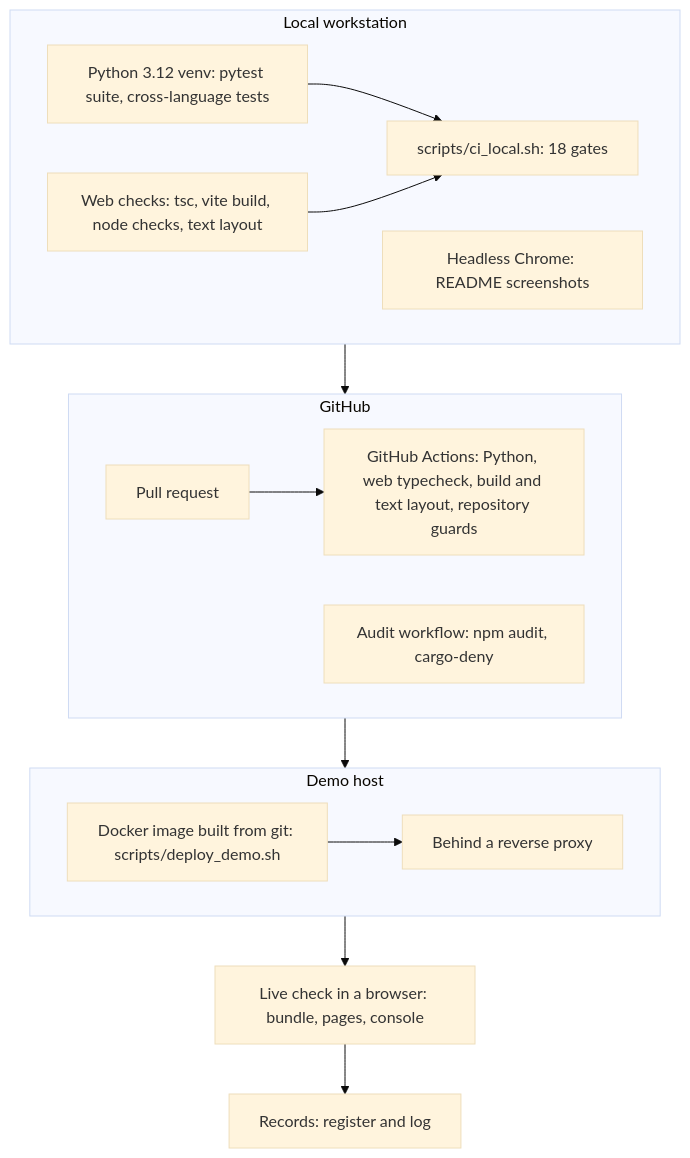
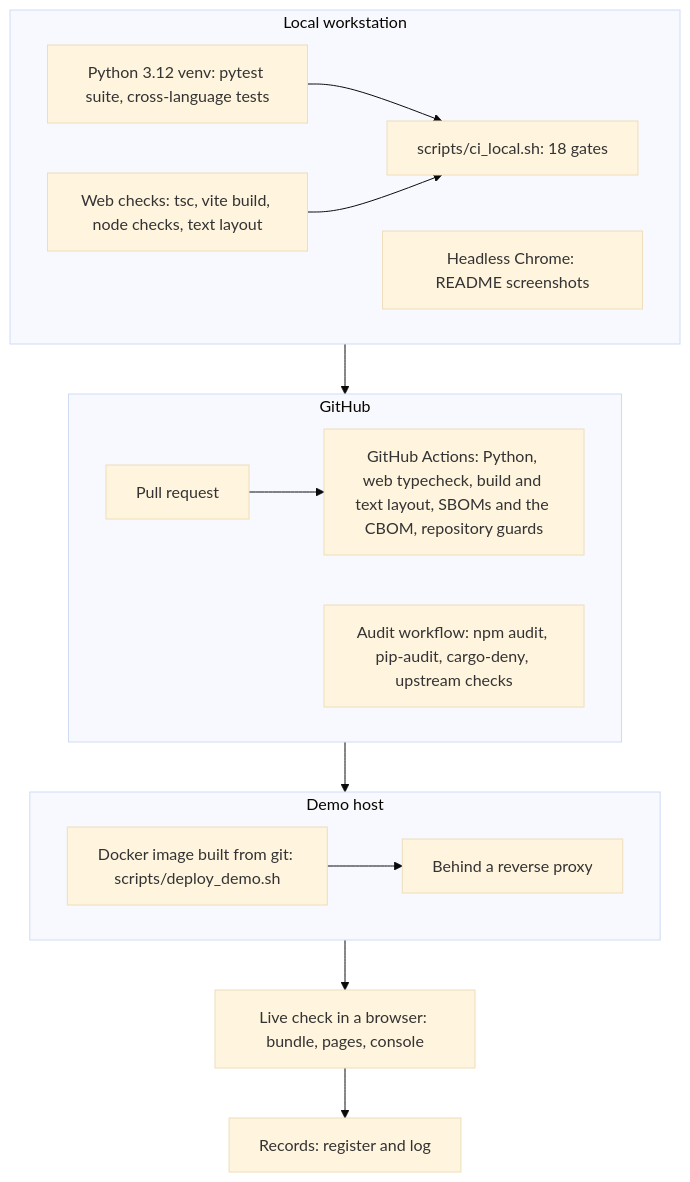
One commit to Quantum-Daemons/QSMPC-QKD-QHE-AI-Hybrid changed diagram 11 of 11 in README.md. Above: the diagram before and after it, drawn with Mermaid (base theme). The commit also changed other lines of this file and 19 other files, not shown here.

````diff
--- a/README.md
+++ b/README.md
@@ -420,20 +425,20 @@
 ```mermaid
 flowchart TB
   subgraph LOC["Local workstation"]
     direction LR
     PY["Python 3.12 venv: pytest suite, cross-language tests"] --> CL["scripts/ci_local.sh: 18 gates"]
     WEB["Web checks: tsc, vite build, node checks, text layout"] --> CL
     SHOT["Headless Chrome: README screenshots"]
   end
   subgraph GH["GitHub"]
     direction LR
-    PR["Pull request"] --> ACT["GitHub Actions: Python, web typecheck, build and text layout, repository guards"]
-    AUD["Audit workflow: npm audit, cargo-deny"]
+    PR["Pull request"] --> ACT["GitHub Actions: Python, web typecheck, build and text layout, SBOMs and the CBOM, repository guards"]
+    AUD["Audit workflow: npm audit, pip-audit, cargo-deny, upstream checks"]
   end
   subgraph DEMO["Demo host"]
     direction LR
     DOCK["Docker image built from git: scripts/deploy_demo.sh"] --> PROXY["Behind a reverse proxy"]
   end
   LIVE["Live check in a browser: bundle, pages, console"] --> REC["Records: register and log"]
   LOC --> GH --> DEMO --> LIVE
 ```
````
